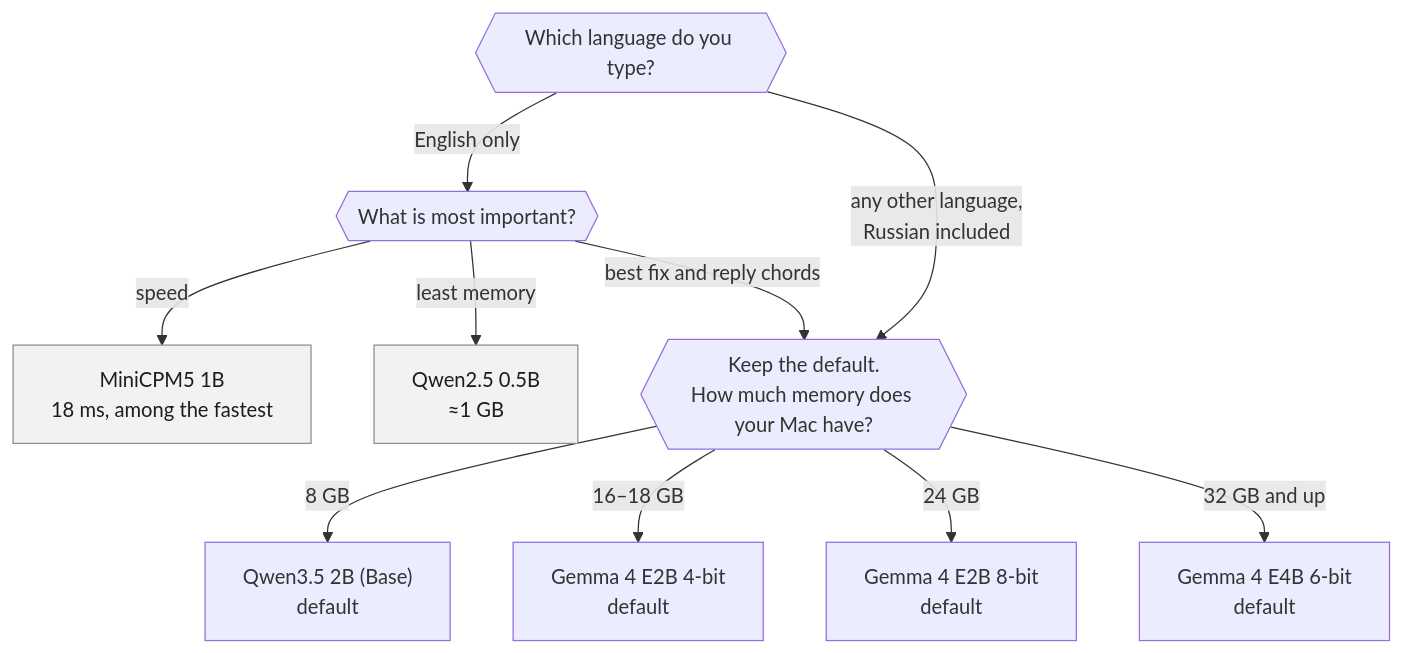
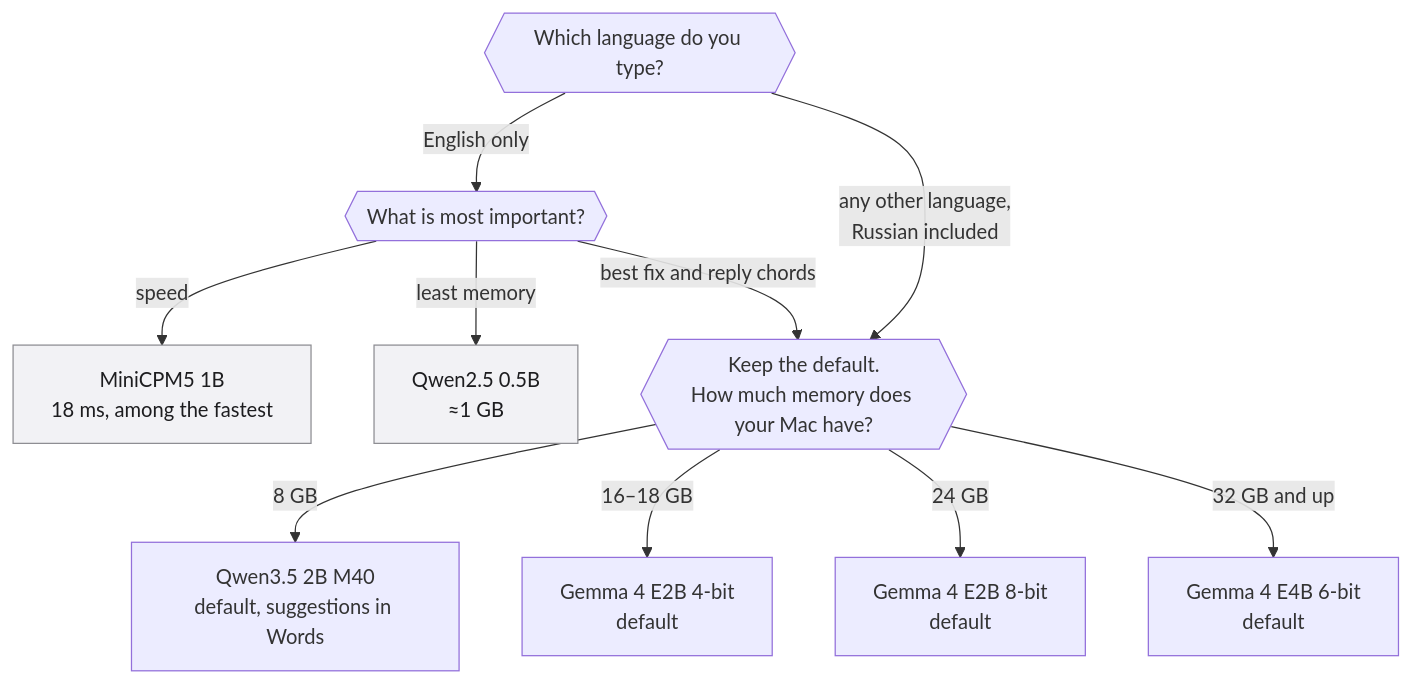
One commit to nikiomori/Pretype changed the diagram in docs/diagrams/models-choose.mmd. Above: the diagram before and after it, drawn with Mermaid. The commit also changed 6 other files, not shown here.

```diff
--- a/docs/diagrams/models-choose.mmd
+++ b/docs/diagrams/models-choose.mmd
@@ -1,15 +1,15 @@
 %% Which model to pick: language first, then memory. The default already
 %% follows the memory ladder, so most paths end at the default.
 flowchart TB
   lang{{"Which language do you type?"}}
   lang -- "English only" --> want{{"What is most important?"}}
   want -- "speed" --> mini["MiniCPM5 1B<br/>18 ms, among the fastest"]
   want -- "least memory" --> q05["Qwen2.5 0.5B<br/>≈1 GB"]
   want -- "best fix and reply chords" --> ram
   lang -- "any other language,<br/>Russian included" --> ram{{"Keep the default.<br/>How much memory does your Mac have?"}}
-  ram -- "8 GB" --> q35["Qwen3.5 2B (Base)<br/>default"]
+  ram -- "8 GB" --> q35["Qwen3.5 2B M40<br/>default, suggestions in Words"]
   ram -- "16–18 GB" --> e2b4["Gemma 4 E2B 4-bit<br/>default"]
   ram -- "24 GB" --> e2b8["Gemma 4 E2B 8-bit<br/>default"]
   ram -- "32 GB and up" --> e4b6["Gemma 4 E4B 6-bit<br/>default"]
   classDef manual fill:#f2f2f5,stroke:#8e8e93,color:#1d1d1f
   class mini,q05 manual
```
